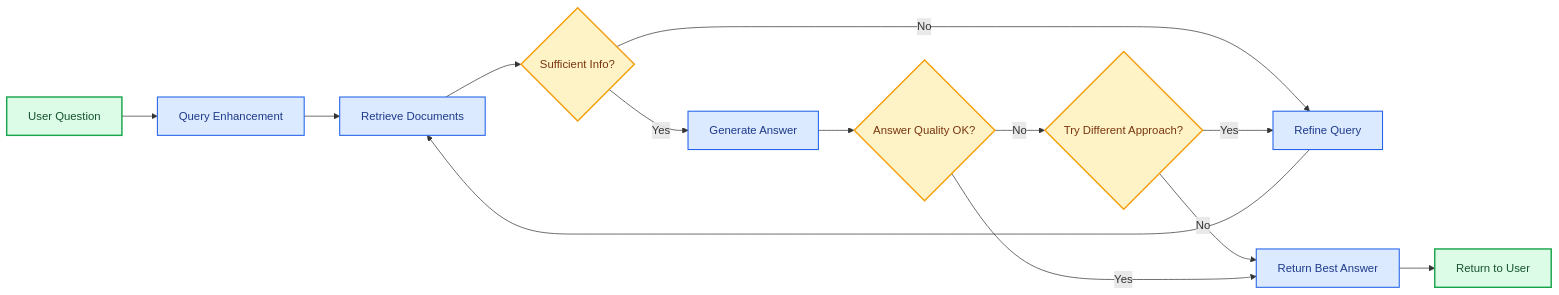
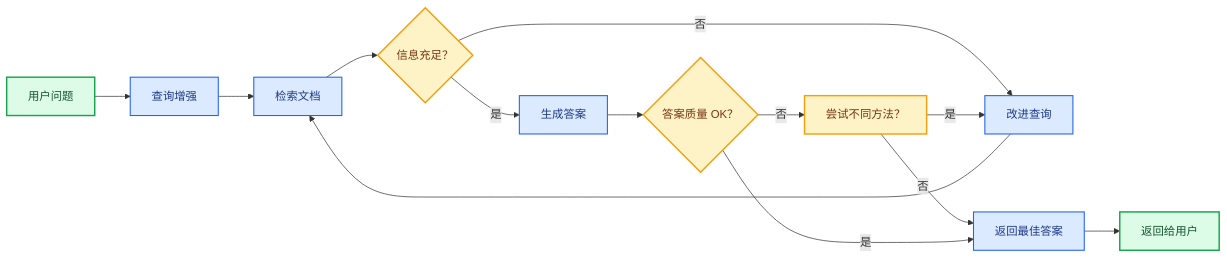
The fourth of 4 diagrams in oss/javascript/langchain/retrieval.mdx (kunfan96/cndocs-langchain), drawn with Mermaid before and after one commit. The commit also changed other lines of this file and 288 other files, not shown here.

````diff
--- a/oss/javascript/langchain/retrieval.mdx
+++ b/oss/javascript/langchain/retrieval.mdx
@@ -305,23 +305,23 @@
 ```mermaid
 graph LR
-    A[User Question] --> B[Query Enhancement]
-    B --> C[Retrieve Documents]
-    C --> D{Sufficient Info?}
-    D -- No --> E[Refine Query]
+    A[用户问题] --> B[查询增强]
+    B --> C[检索文档]
+    C --> D{信息充足？}
+    D -- 否 --> E[改进查询]
     E --> C
-    D -- Yes --> F[Generate Answer]
-    F --> G{Answer Quality OK?}
-    G -- No --> H{Try Different Approach?}
-    H -- Yes --> E
-    H -- No --> I[Return Best Answer]
-    G -- Yes --> I
-    I --> J[Return to User]
+    D -- 是 --> F[生成答案]
+    F --> G{答案质量 OK？}
+    G -- 否 --> H[尝试不同方法？]
+    H -- 是 --> E
+    H -- 否 --> I[返回最佳答案]
+    G -- 是 --> I
+    I --> J[返回给用户]
 
     classDef startend fill:#DCFCE7,stroke:#16A34A,stroke-width:2px,color:#14532D
     classDef decision fill:#FEF3C7,stroke:#F59E0B,stroke-width:2px,color:#78350F
     classDef process fill:#DBEAFE,stroke:#2563EB,stroke-width:1.5px,color:#1E3A8A
 
     class A,J startend
     class B,C,E,F,I process
     class D,G,H decision
 ```
````
